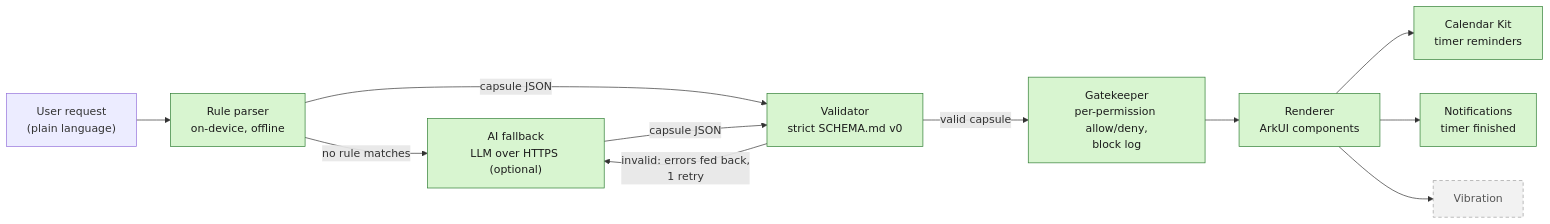
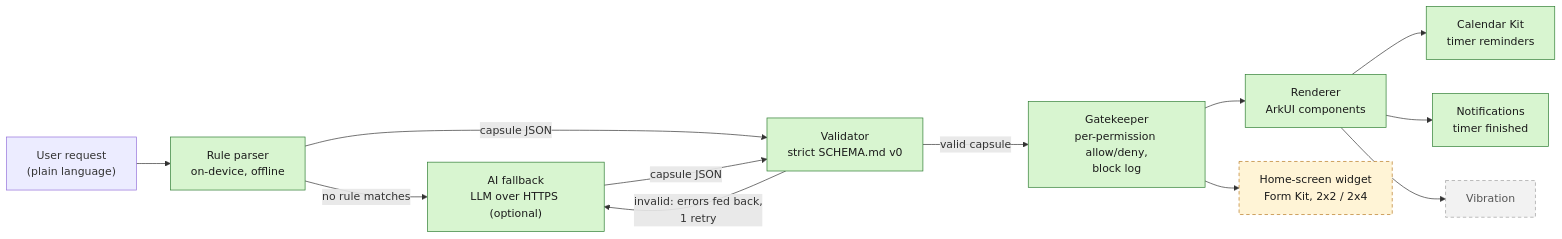
One commit to Akshaz7/capsules-harmonyos changed the diagram in README.md. Above: the diagram before and after it, drawn with Mermaid. The commit also changed other lines of this file, not shown here.

Commit message:
docs: README adds home-screen widget (unverified), widget router and model; 51 tests

````diff
--- a/README.md
+++ b/README.md
@@ -22,18 +22,21 @@
 ```mermaid
 flowchart LR
     R["User request<br/>(plain language)"] --> P["Rule parser<br/>on-device, offline"]
     P -- "no rule matches" --> AI["AI fallback<br/>LLM over HTTPS (optional)"]
     P -- "capsule JSON" --> V["Validator<br/>strict SCHEMA.md v0"]
     AI -- "capsule JSON" --> V
     V -- "invalid: errors fed back,<br/>1 retry" --> AI
     V -- "valid capsule" --> G["Gatekeeper<br/>per-permission allow/deny,<br/>block log"]
     G --> RN["Renderer<br/>ArkUI components"]
     RN --> CAL["Calendar Kit<br/>timer reminders"]
     RN --> N["Notifications<br/>timer finished"]
     RN --> VB["Vibration"]
+    G --> W["Home-screen widget<br/>Form Kit, 2x2 / 2x4"]
 
     classDef built fill:#d8f5d0,stroke:#2e7d32,color:#1b1b1b
     classDef planned fill:#f2f2f2,stroke:#9e9e9e,stroke-dasharray:5 4,color:#555
+    classDef unverified fill:#fff4d6,stroke:#b7791f,stroke-dasharray:5 4,color:#1b1b1b
     class P,AI,V,G,RN,CAL,N built
     class VB planned
+    class W unverified
 ```
````
